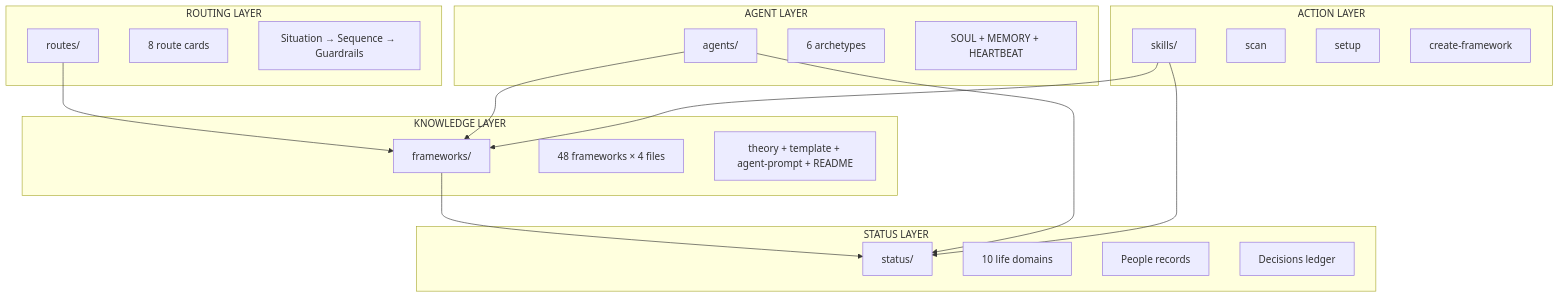
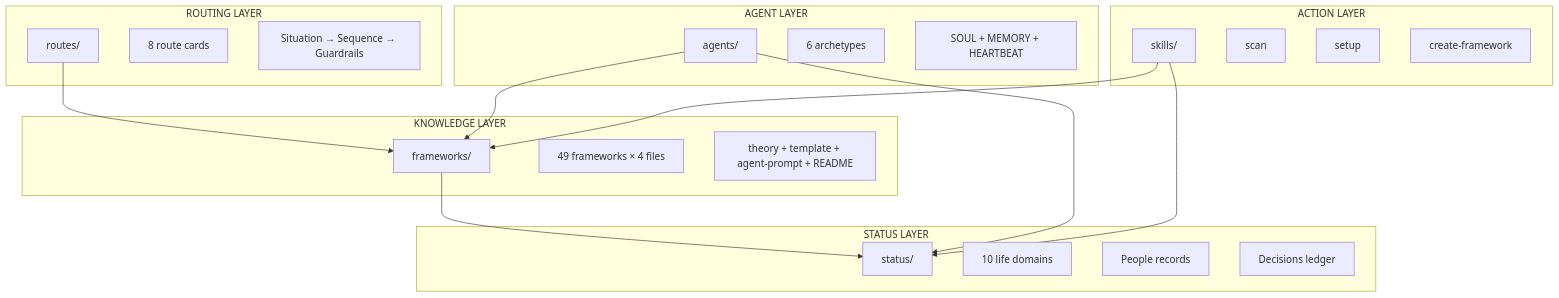
One commit to TaylorONeal/mirror-palace changed the first of 3 diagrams in FRAMEWORK-MAP.md. Above: the diagram before and after it, drawn with Mermaid. The commit also changed other lines of this file and 10 other files, not shown here.

````diff
--- a/FRAMEWORK-MAP.md
+++ b/FRAMEWORK-MAP.md
@@ -19,41 +19,41 @@
 ```mermaid
 graph TB
     subgraph "ROUTING LAYER"
         R[routes/]
         R1[8 route cards]
         R2[Situation → Sequence → Guardrails]
     end
 
     subgraph "KNOWLEDGE LAYER"
         F[frameworks/]
-        F1[48 frameworks × 4 files]
+        F1[49 frameworks × 4 files]
         F2[theory + template + agent-prompt + README]
     end
 
     subgraph "STATUS LAYER"
         S[status/]
         S1[10 life domains]
         S2[People records]
         S3[Decisions ledger]
     end
 
     subgraph "AGENT LAYER"
         A[agents/]
         A1[6 archetypes]
         A2[SOUL + MEMORY + HEARTBEAT]
     end
 
     subgraph "ACTION LAYER"
         SK[skills/]
         SK1[scan]
         SK2[setup]
         SK3[create-framework]
     end
 
     R --> F
     F --> S
     A --> F
     A --> S
     SK --> F
     SK --> S
 ```
````
